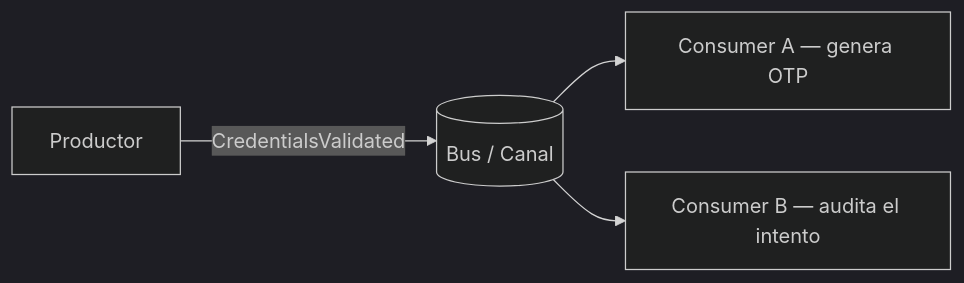
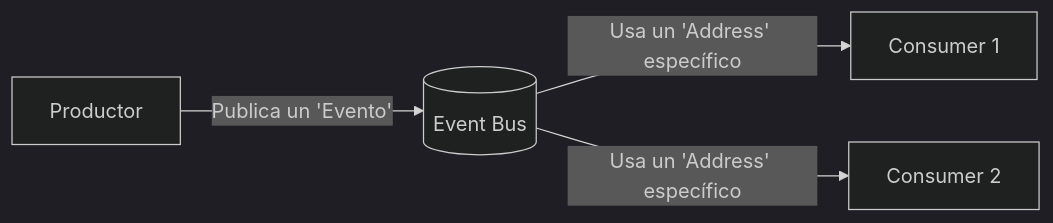
The first of 7 diagrams in docs/backend-java-quarkus/06-event-driven-mfa/event-driven-design.md (teamdroid-trainer/docs-docusaurus-trainer), drawn with Mermaid (dark theme) before and after one commit. The commit also changed other lines of this file and 1 other file, not shown here.

Commit message:
docs(mfa): enhance event-bus-mfa and event-driven-design docs using docusaurus-section-enhancer

````diff
--- a/docs/backend-java-quarkus/06-event-driven-mfa/event-driven-design.md
+++ b/docs/backend-java-quarkus/06-event-driven-mfa/event-driven-design.md
@@ -57,6 +57,6 @@
 ```mermaid
 flowchart LR
-    P[Productor] -->|"CredentialsValidated"| EB[(Bus / Canal)]
-    EB --> C1[Consumer A — genera OTP]
-    EB --> C2[Consumer B — audita el intento]
+    P[Productor] -->|Publica un 'Evento'| EB[(Event Bus)]
+    EB -->|Usa un 'Address' específico| C1[Consumer 1]
+    EB -->|Usa un 'Address' específico| C2[Consumer 2]
 ```
````
